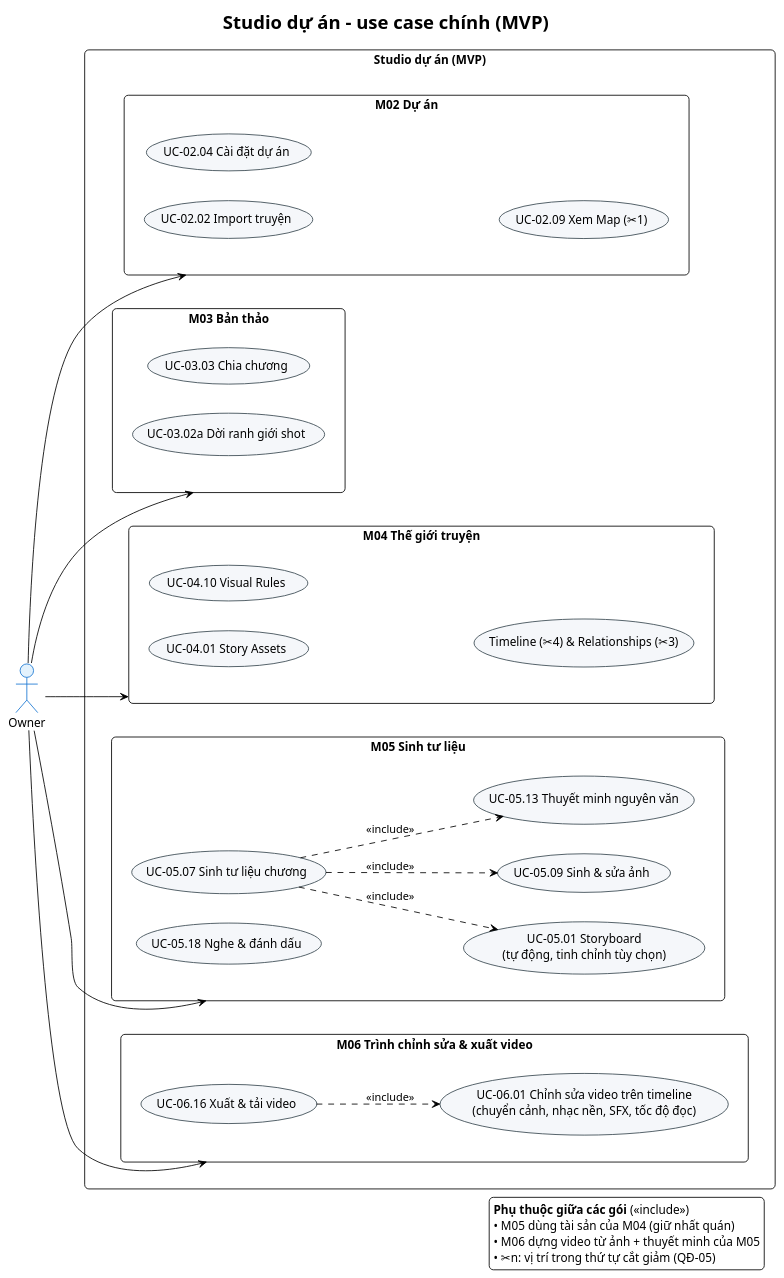
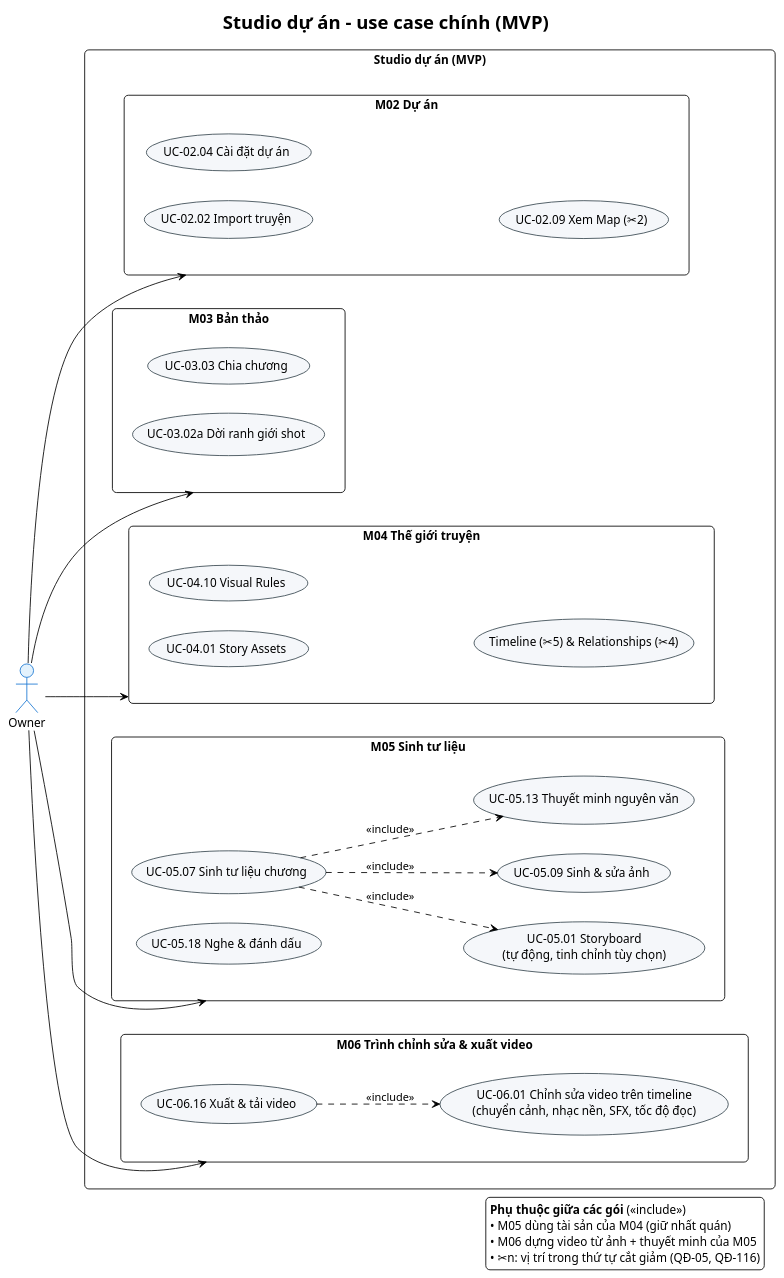
Before and after one commit to 202416852-anhpv/story2video-docs: the diagram in demo-c2story/so-do/mvp/01-use-case/uc-studio-chi-tiet-mvp.puml, drawn with PlantUML. The commit also changed 27 other files, not shown here.

```diff
--- a/demo-c2story/so-do/mvp/01-use-case/uc-studio-chi-tiet-mvp.puml
+++ b/demo-c2story/so-do/mvp/01-use-case/uc-studio-chi-tiet-mvp.puml
@@ -1,63 +1,63 @@
 @startuml UC_Studio_ChiTiet_MVP
 !theme plain
 skinparam defaultFontName "Segoe UI"
 skinparam roundCorner 10
 skinparam actor {
     BackgroundColor #E3F2FD
     BorderColor #1976D2
 }
 skinparam usecase {
     BackgroundColor #F5F7FA
     BorderColor #37474F
 }
 skinparam packageStyle rectangle
 left to right direction
 title Studio dự án - use case chính (MVP)
 
 actor "Owner" as Owner
 
 rectangle "Studio dự án (MVP)" {
     package "M02 Dự án" as P2 {
         usecase "UC-02.02 Import truyện" as UC02
         usecase "UC-02.04 Cài đặt dự án" as UCset
-        usecase "UC-02.09 Xem Map (✂1)" as UCmap
+        usecase "UC-02.09 Xem Map (✂2)" as UCmap
     }
     package "M03 Bản thảo" as P3 {
         usecase "UC-03.03 Chia chương" as UC05
         usecase "UC-03.02a Dời ranh giới shot" as UC05a
     }
     package "M04 Thế giới truyện" as P4 {
         usecase "UC-04.01 Story Assets" as UC07
         usecase "UC-04.10 Visual Rules" as UC08
-        usecase "Timeline (✂4) & Relationships (✂3)" as UCtl
+        usecase "Timeline (✂5) & Relationships (✂4)" as UCtl
     }
     package "M05 Sinh tư liệu" as P5 {
         usecase "UC-05.07 Sinh tư liệu chương" as UC11
         usecase "UC-05.01 Storyboard\n(tự động, tinh chỉnh tùy chọn)" as UC09
         usecase "UC-05.09 Sinh & sửa ảnh" as UC10
         usecase "UC-05.13 Thuyết minh nguyên văn" as UC12
         usecase "UC-05.18 Nghe & đánh dấu" as UC18
     }
     package "M06 Trình chỉnh sửa & xuất video" as P6 {
         usecase "UC-06.01 Chỉnh sửa video trên timeline\n(chuyển cảnh, nhạc nền, SFX, tốc độ đọc)" as UC13
         usecase "UC-06.16 Xuất & tải video" as UC14
     }
 }
 
 Owner --> P2
 Owner --> P3
 Owner --> P4
 Owner --> P5
 Owner --> P6
 UC11 ..> UC09 : <<include>>
 UC11 ..> UC10 : <<include>>
 UC11 ..> UC12 : <<include>>
 UC14 ..> UC13 : <<include>>
 
 legend right
   **Phụ thuộc giữa các gói** (<<include>>)
   • M05 dùng tài sản của M04 (giữ nhất quán)
   • M06 dựng video từ ảnh + thuyết minh của M05
-  • ✂n: vị trí trong thứ tự cắt giảm (QĐ-05)
+  • ✂n: vị trí trong thứ tự cắt giảm (QĐ-05, QĐ-116)
 endlegend
 @enduml
```
